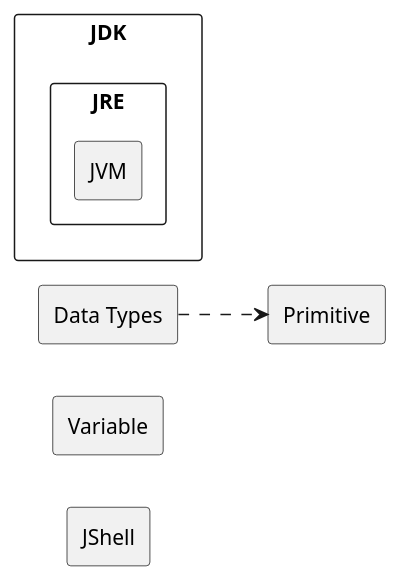
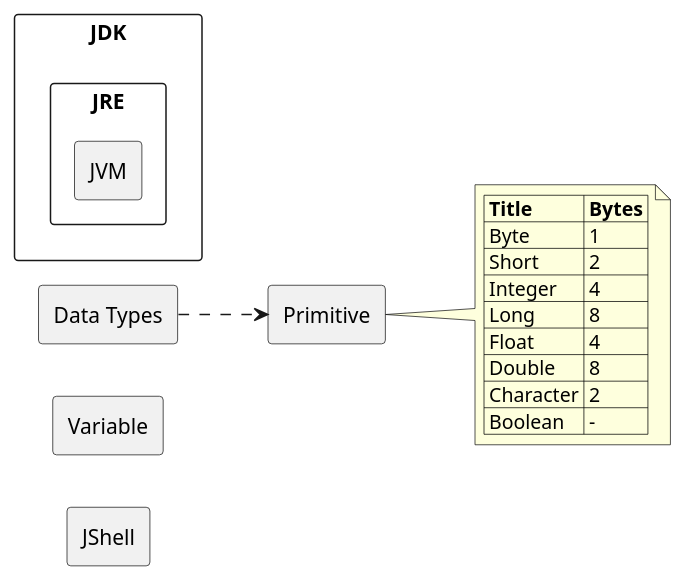
Before and after one commit to romach/digital-garden: the diagram in content/diagrams/java-diagram.md, drawn with PlantUML.

Commit message:
update java diagram

````diff
--- a/content/diagrams/java-diagram.md
+++ b/content/diagrams/java-diagram.md
@@ -7,21 +7,32 @@
 ```plantuml
 @startuml
+!pragma teoz true
 left to right direction
 skinparam componentStyle rectangle
 
 [JShell]
 
 component "JDK" {
     component "JRE" {
         component "JVM"
     }
 }
 
 [Variable]
 
 [Data Types]
 [Data Types] ..> [Primitive]
 
-
+note right of [Primitive]
+|= Title |= Bytes |
+| Byte | 1 |
+| Short | 2 |
+| Integer | 4 |
+| Long | 8 |
+| Float | 4 |
+| Double | 8 |
+| Character | 2 |
+| Boolean | - |
+end note
 @enduml
 ```
````
